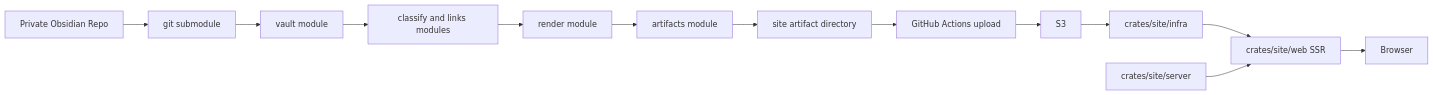
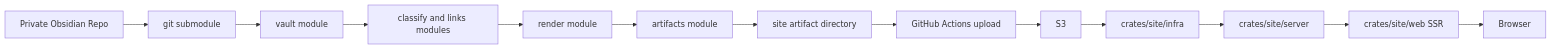
One commit to okawak/okawak_blog changed the first of 4 diagrams in docs/architecture/architecture.md. Above: the diagram before and after it, drawn with Mermaid. The commit also changed other lines of this file and 51 other files, not shown here.

````diff
--- a/docs/architecture/architecture.md
+++ b/docs/architecture/architecture.md
@@ -23,15 +23,15 @@
 ```mermaid
 flowchart LR
     A[Private Obsidian Repo] --> B[git submodule]
     B --> C[vault module]
     C --> D[classify and links modules]
     D --> E[render module]
     E --> F[artifacts module]
     F --> G[site artifact directory]
     G --> H[GitHub Actions upload]
     H --> I[S3]
     I --> J[crates/site/infra]
-    J --> L[crates/site/web SSR]
-    K[crates/site/server] --> L
+    J --> K[crates/site/server]
+    K --> L[crates/site/web SSR]
     L --> M[Browser]
 ```
````
